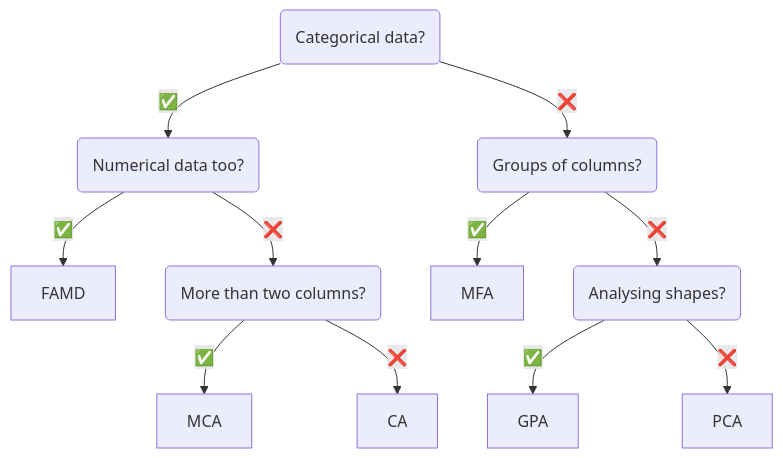
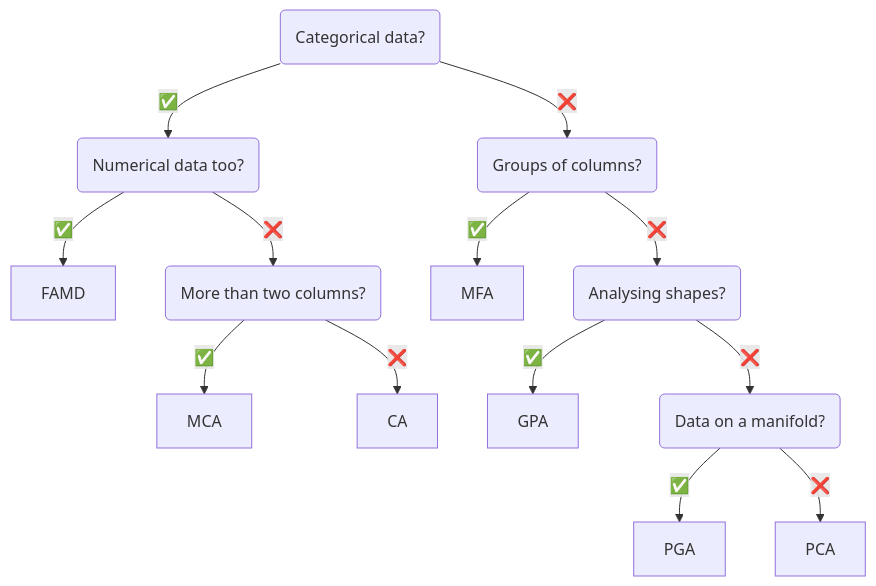
One commit to MaxHalford/prince changed the diagram in docs/content/_index.md. Above: the diagram before and after it, drawn with Mermaid. The commit also changed other lines of this file and 9 other files, not shown here.

````diff
--- a/docs/content/_index.md
+++ b/docs/content/_index.md
@@ -10,13 +10,15 @@
 ```mermaid
 flowchart TD
     cat?(Categorical data?) --> |"✅"| num_too?(Numerical data too?)
     num_too? --> |"✅"| FAMD
     num_too? --> |"❌"| multiple_cat?(More than two columns?)
     multiple_cat? --> |"✅"| MCA
     multiple_cat? --> |"❌"| CA
     cat? --> |"❌"| groups?(Groups of columns?)
     groups? --> |"✅"| MFA
     groups? --> |"❌"| shapes?(Analysing shapes?)
     shapes? --> |"✅"| GPA
-    shapes? --> |"❌"| PCA
+    shapes? --> |"❌"| manifold?(Data on a manifold?)
+    manifold? --> |"✅"| PGA
+    manifold? --> |"❌"| PCA
 ```
````
